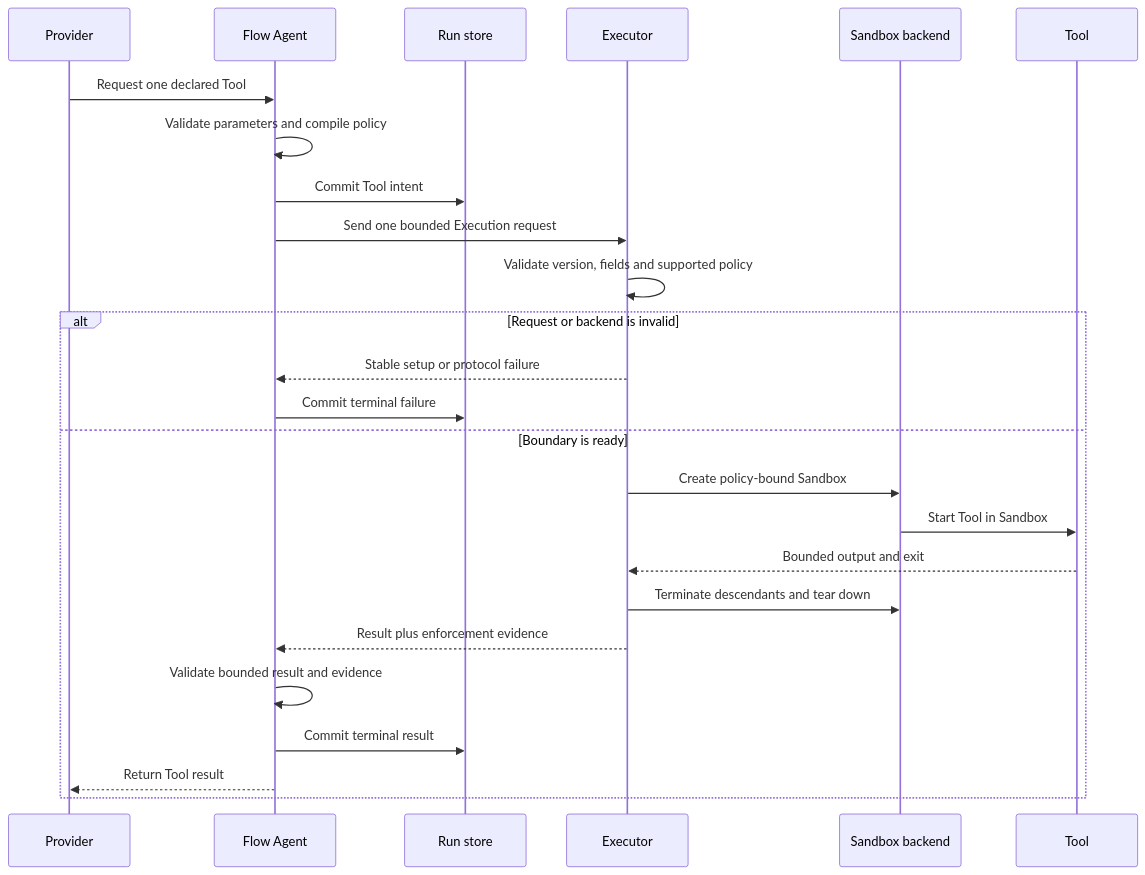
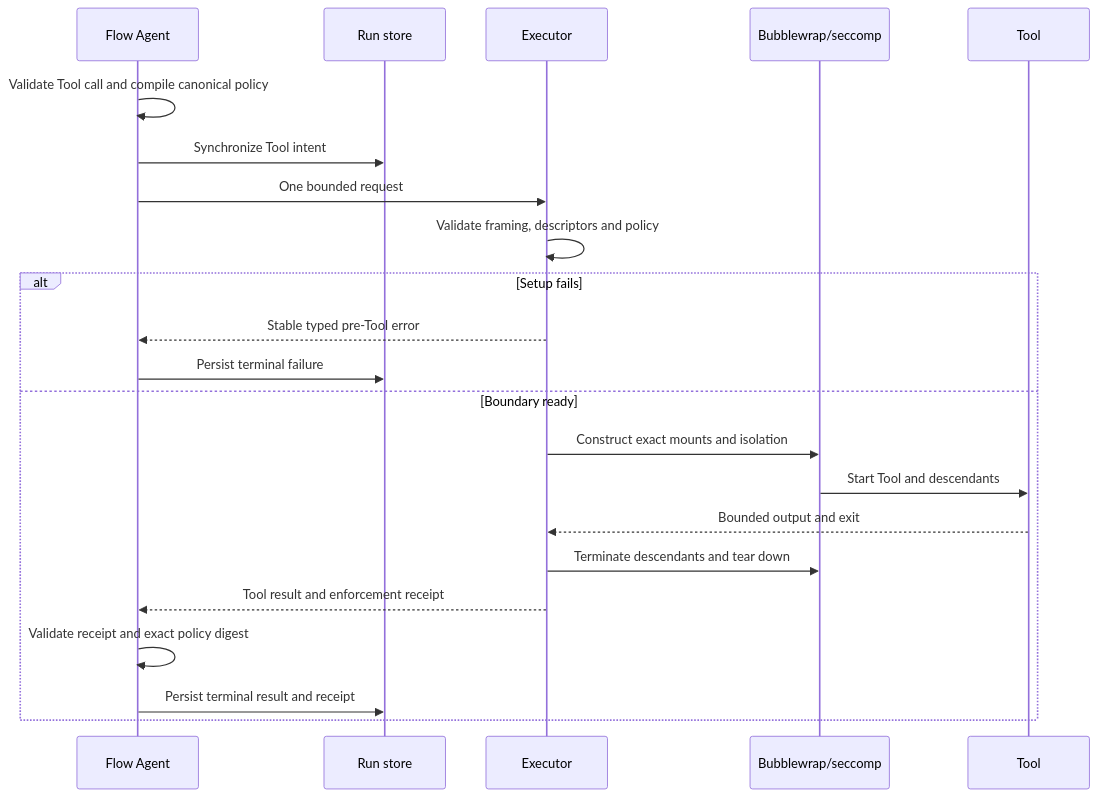
The third of 3 diagrams in docs/concept/flow-agent-executor-architecture.md (Open-Equilibrium/watershed), drawn with Mermaid before and after one commit. The commit also changed other lines of this file and 12 other files, not shown here.

````diff
--- a/docs/concept/flow-agent-executor-architecture.md
+++ b/docs/concept/flow-agent-executor-architecture.md
@@ -153,27 +57,24 @@
 ```mermaid
 sequenceDiagram
-  participant P as Provider
   participant F as Flow Agent
   participant S as Run store
   participant E as Executor
-  participant B as Sandbox backend
+  participant B as Bubblewrap/seccomp
   participant T as Tool
-  P->>F: Request one declared Tool
-  F->>F: Validate parameters and compile policy
-  F->>S: Commit Tool intent
-  F->>E: Send one bounded Execution request
-  E->>E: Validate version, fields and supported policy
-  alt Request or backend is invalid
-    E-->>F: Stable setup or protocol failure
-    F->>S: Commit terminal failure
-  else Boundary is ready
-    E->>B: Create policy-bound Sandbox
-    B->>T: Start Tool in Sandbox
+  F->>F: Validate Tool call and compile canonical policy
+  F->>S: Synchronize Tool intent
+  F->>E: One bounded request
+  E->>E: Validate framing, descriptors and policy
+  alt Setup fails
+    E-->>F: Stable typed pre-Tool error
+    F->>S: Persist terminal failure
+  else Boundary ready
+    E->>B: Construct exact mounts and isolation
+    B->>T: Start Tool and descendants
     T-->>E: Bounded output and exit
     E->>B: Terminate descendants and tear down
-    E-->>F: Result plus enforcement evidence
-    F->>F: Validate bounded result and evidence
-    F->>S: Commit terminal result
-    F-->>P: Return Tool result
+    E-->>F: Tool result and enforcement receipt
+    F->>F: Validate receipt and exact policy digest
+    F->>S: Persist terminal result and receipt
   end
 ```
````
